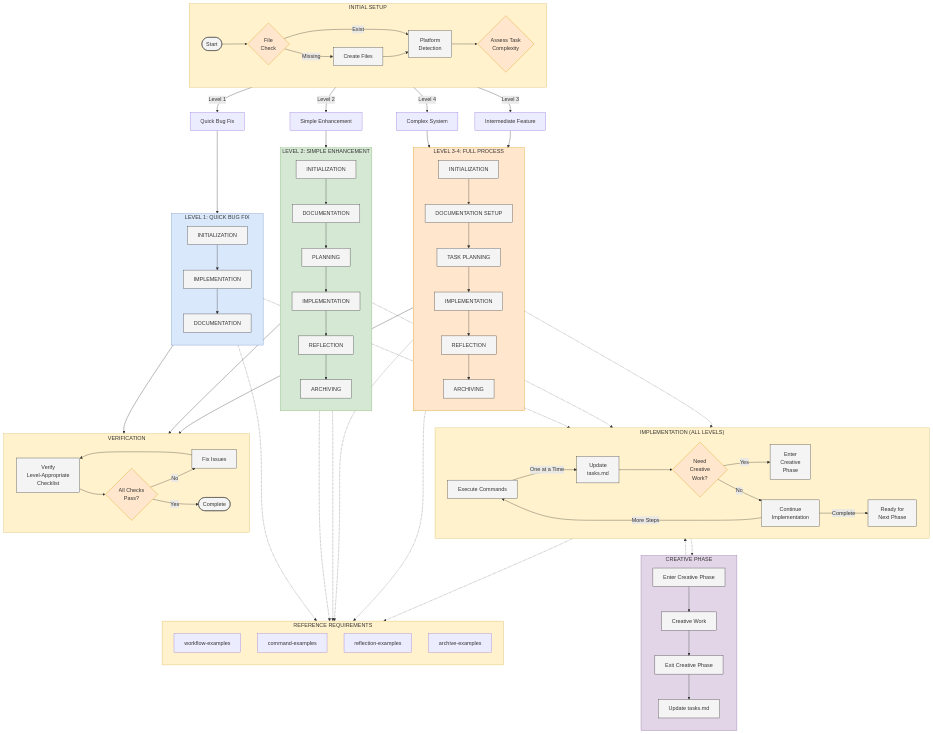
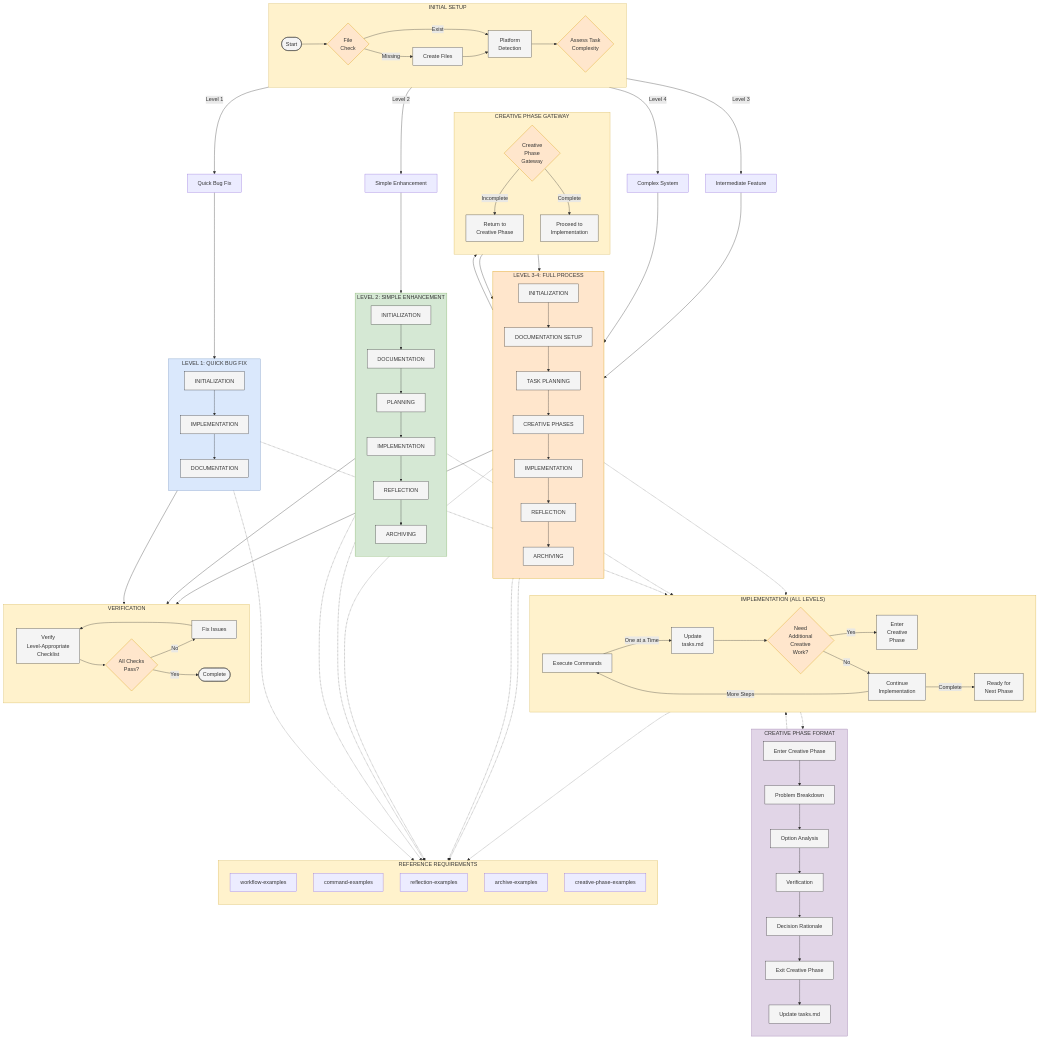
Before and after one commit to yws-coder123/trae-memory-bank: the diagram in images/memory-bank-diagram.mermaid, drawn with Mermaid. The commit also changed 4 other files, not shown here.

First line of the commit message:
Enhance documentation and workflow for creative phases in the Adaptive Memory-Based Assistant

```diff
--- a/images/memory-bank-diagram.mermaid
+++ b/images/memory-bank-diagram.mermaid
@@ -1,135 +1,154 @@
 flowchart TD
     %% Define styles
     classDef process fill:#f4f4f4,stroke:#333,stroke-width:1px,border-radius:5px
     classDef decision fill:#ffe6cc,stroke:#d79b00,stroke-width:1px,border-radius:10px
     classDef bottleneck fill:#f8cecc,stroke:#b85450,stroke-width:1px,border-radius:5px
     classDef checkpoint fill:#d5e8d4,stroke:#82b366,stroke-width:1px,border-radius:5px
     classDef section fill:#fff2cc,stroke:#d6b656,stroke-width:1px,rounded:true
     classDef level1 fill:#dae8fc,stroke:#6c8ebf,stroke-width:1px,rounded:true
     classDef level2 fill:#d5e8d4,stroke:#82b366,stroke-width:1px,rounded:true
     classDef level3 fill:#ffe6cc,stroke:#d79b00,stroke-width:1px,rounded:true
     classDef level4 fill:#f8cecc,stroke:#b85450,stroke-width:1px,rounded:true
     classDef creative fill:#e1d5e7,stroke:#9673a6,stroke-width:1px,rounded:true
     
     %% Initial Setup section
     subgraph Setup ["INITIAL SETUP"]
         direction LR
         start([Start]) --> checkFiles{File<br>Check}
         checkFiles -->|Missing| createFiles[Create Files]
         checkFiles -->|Exist| platformDetect[Platform<br>Detection]
         createFiles --> platformDetect
         platformDetect --> complexityAssess{Assess Task<br>Complexity}
     end
     
     %% Complexity Assessment
     complexityAssess -->|Level 1| L1Flow[Quick Bug Fix]
     complexityAssess -->|Level 2| L2Flow[Simple Enhancement]
     complexityAssess -->|Level 3| L3Flow[Intermediate Feature]
     complexityAssess -->|Level 4| L4Flow[Complex System]
     
     %% Level 1 Workflow: Quick Bug Fix
     subgraph Level1 ["LEVEL 1: QUICK BUG FIX"]
         direction TB
         L1Init[INITIALIZATION] --> L1Impl[IMPLEMENTATION]
         L1Impl --> L1Doc[DOCUMENTATION]
     end
     
     %% Level 2 Workflow: Simple Enhancement
     subgraph Level2 ["LEVEL 2: SIMPLE ENHANCEMENT"]
         direction TB
         L2Init[INITIALIZATION] --> L2Doc[DOCUMENTATION]
         L2Doc --> L2Plan[PLANNING]
         L2Plan --> L2Impl[IMPLEMENTATION]
         L2Impl --> L2Reflect[REFLECTION]
         L2Reflect --> L2Archive[ARCHIVING]
     end
     
     %% Level 3-4 Workflow: Full Process
     subgraph Level3_4 ["LEVEL 3-4: FULL PROCESS"]
         direction TB
         L3Init[INITIALIZATION] --> L3Doc[DOCUMENTATION SETUP]
         L3Doc --> L3Plan[TASK PLANNING]
-        L3Plan --> L3Impl[IMPLEMENTATION]
+        L3Plan --> L3Creative[CREATIVE PHASES]
+        L3Creative --> L3Impl[IMPLEMENTATION]
         L3Impl --> L3Reflect[REFLECTION]
         L3Reflect --> L3Archive[ARCHIVING]
     end
     
-    %% Creative Phase can occur in Implementation
-    subgraph Creative ["CREATIVE PHASE"]
+    %% Creative Phase format
+    subgraph CreativePhase ["CREATIVE PHASE FORMAT"]
         direction TB
-        creativeStart[Enter Creative Phase] --> creativeWork[Creative Work]
-        creativeWork --> creativeEnd[Exit Creative Phase]
+        creativeStart[Enter Creative Phase] --> problemBreakdown[Problem Breakdown]
+        problemBreakdown --> optionAnalysis[Option Analysis]
+        optionAnalysis --> verification[Verification]
+        verification --> decisionRationale[Decision Rationale]
+        decisionRationale --> creativeEnd[Exit Creative Phase]
         creativeEnd --> creativeUpdate[Update tasks.md]
     end
     
-    %% Implementation section with creative phase option
+    %% Implementation section with optional additional creative phases
     subgraph Implementation ["IMPLEMENTATION (ALL LEVELS)"]
         direction LR
         impl[Execute Commands] -->|One at a Time| updateTask[Update<br>tasks.md]
-        updateTask --> needCreative{Need<br>Creative<br>Work?}
+        updateTask --> needCreative{Need<br>Additional<br>Creative<br>Work?}
         needCreative -->|Yes| enterCreative[Enter<br>Creative<br>Phase]
         needCreative -->|No| continue[Continue<br>Implementation]
         enterCreative -.-> creativeStart
         creativeEnd -.-> continue
         continue -->|More Steps| impl
         continue -->|Complete| nextPhase[Ready for<br>Next Phase]
     end
     
     %% Verification System section
     subgraph Verification ["VERIFICATION"]
         direction LR
         verify[Verify<br>Level-Appropriate<br>Checklist] --> checkAll{All Checks<br>Pass?}
         checkAll -->|No| fixIssues[Fix Issues]
         fixIssues --> verify
         checkAll -->|Yes| complete([Complete])
     end
     
+    %% Creative Phase Gateway (new addition)
+    subgraph Gateway ["CREATIVE PHASE GATEWAY"]
+        direction TB
+        gateway{Creative<br>Phase<br>Gateway}
+        gateway -->|Incomplete| returnToCreative[Return to<br>Creative Phase]
+        gateway -->|Complete| proceedToImpl[Proceed to<br>Implementation]
+    end
+    
     %% References connections on the side
     subgraph References ["REFERENCE REQUIREMENTS"]
         direction TB
         ref1[workflow-examples]
         ref2[command-examples]
         ref3[reflection-examples]
         ref4[archive-examples]
+        ref5[creative-phase-examples]
     end
     
     %% Connect major workflows
     L1Flow --> L1Init
     L2Flow --> L2Init
     L3Flow --> L3Init
     L4Flow --> L3Init
     
     %% Connect implementation sections
     L1Impl -.-> impl
     L2Impl -.-> impl
     L3Impl -.-> impl
     
+    %% Connect Creative Phase Gateway
+    L3Creative --> gateway
+    returnToCreative --> L3Creative
+    proceedToImpl --> L3Impl
+    
     %% Connect to verification
     L1Doc --> verify
     L2Archive --> verify
     L3Archive --> verify
     
     %% Connect references
     L1Init -.-> ref1
     impl -.-> ref2
     L2Reflect -.-> ref3
     L3Reflect -.-> ref3
     L2Archive -.-> ref4
     L3Archive -.-> ref4
+    L3Creative -.-> ref5
     
     %% Apply styles
     class start,complete process
-    class checkFiles,complexityAssess,needCreative,checkAll decision
+    class checkFiles,complexityAssess,needCreative,checkAll,gateway decision
     class createFiles,platformDetect process
     class L1Init,L1Impl,L1Doc process
     class L2Init,L2Doc,L2Plan,L2Impl,L2Reflect,L2Archive process
-    class L3Init,L3Doc,L3Plan,L3Impl,L3Reflect,L3Archive process
+    class L3Init,L3Doc,L3Plan,L3Creative,L3Impl,L3Reflect,L3Archive process
     class impl,updateTask,enterCreative,continue,nextPhase process
-    class verify,fixIssues process
-    class creativeStart,creativeWork,creativeEnd,creativeUpdate process
+    class verify,fixIssues,returnToCreative,proceedToImpl process
+    class creativeStart,problemBreakdown,optionAnalysis,verification,decisionRationale,creativeEnd,creativeUpdate process
     
-    class Setup,Verification,References,Implementation section
+    class Setup,Verification,References,Implementation,Gateway section
     class Level1 level1
     class Level2 level2
     class Level3_4 level3
-    class Creative creative
+    class CreativePhase creative
```
